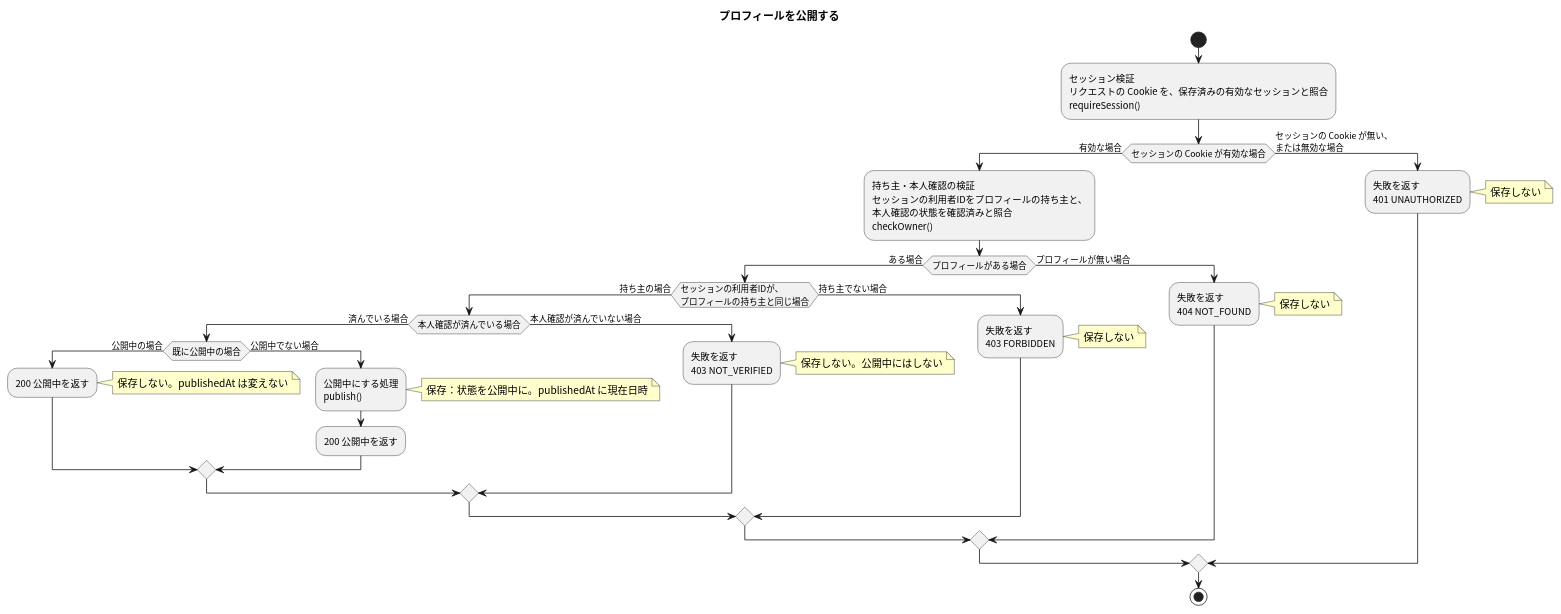
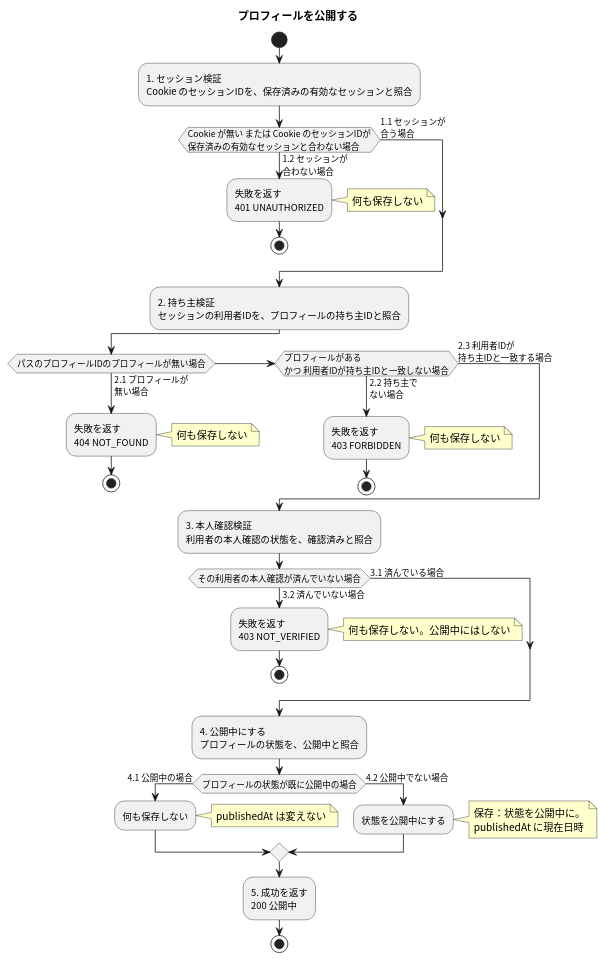
One commit to masamasamasato/design-doc-template changed the diagram in apis/publish-profile/flow.puml. Above: the diagram before and after it, drawn with PlantUML. The commit also changed other lines of this file and 40 other files, not shown here.

```diff
--- a/apis/publish-profile/flow.puml
+++ b/apis/publish-profile/flow.puml
@@ -3,41 +3,45 @@
 @startuml
 skinparam shadowing false
 skinparam defaultFontName "Noto Sans CJK JP"
 skinparam ActivityFontName "Noto Sans CJK JP"
 skinparam NoteBackgroundColor #FFFFCC
 
 title プロフィールを公開する
 
 start
-:セッション検証\nリクエストの Cookie を、保存済みの有効なセッションと照合\nrequireSession();
-if (セッションの Cookie が有効な場合) then (有効な場合)
-  :持ち主・本人確認の検証\nセッションの利用者IDをプロフィールの持ち主と、\n本人確認の状態を確認済みと照合\ncheckOwner();
-  if (プロフィールがある場合) then (ある場合)
-    if (セッションの利用者IDが、\nプロフィールの持ち主と同じ場合) then (持ち主の場合)
-      if (本人確認が済んでいる場合) then (済んでいる場合)
-        if (既に公開中の場合) then (公開中の場合)
-          :200 公開中を返す;
-          note right: 保存しない。publishedAt は変えない
-        else (公開中でない場合)
-          :公開中にする処理\npublish();
-          note right: 保存：状態を公開中に。publishedAt に現在日時
-          :200 公開中を返す;
-        endif
-      else (本人確認が済んでいない場合)
-        :失敗を返す\n403 NOT_VERIFIED;
-        note right: 保存しない。公開中にはしない
-      endif
-    else (持ち主でない場合)
-      :失敗を返す\n403 FORBIDDEN;
-      note right: 保存しない
-    endif
-  else (プロフィールが無い場合)
-    :失敗を返す\n404 NOT_FOUND;
-    note right: 保存しない
-  endif
-else (セッションの Cookie が無い、\nまたは無効な場合)
+:1. セッション検証\nCookie のセッションIDを、保存済みの有効なセッションと照合;
+if (Cookie が無い または Cookie のセッションIDが\n保存済みの有効なセッションと合わない場合) then (1.2 セッションが\n合わない場合)
   :失敗を返す\n401 UNAUTHORIZED;
-  note right: 保存しない
+  note right: 何も保存しない
+  stop
+else (1.1 セッションが\n合う場合)
 endif
+:2. 持ち主検証\nセッションの利用者IDを、プロフィールの持ち主IDと照合;
+if (パスのプロフィールIDのプロフィールが無い場合) then (2.1 プロフィールが\n無い場合)
+  :失敗を返す\n404 NOT_FOUND;
+  note right: 何も保存しない
+  stop
+elseif (プロフィールがある\nかつ 利用者IDが持ち主IDと一致しない場合) then (2.2 持ち主で\nない場合)
+  :失敗を返す\n403 FORBIDDEN;
+  note right: 何も保存しない
+  stop
+else (2.3 利用者IDが\n持ち主IDと一致する場合)
+endif
+:3. 本人確認検証\n利用者の本人確認の状態を、確認済みと照合;
+if (その利用者の本人確認が済んでいない場合) then (3.2 済んでいない場合)
+  :失敗を返す\n403 NOT_VERIFIED;
+  note right: 何も保存しない。公開中にはしない
+  stop
+else (3.1 済んでいる場合)
+endif
+:4. 公開中にする\nプロフィールの状態を、公開中と照合;
+if (プロフィールの状態が既に公開中の場合) then (4.1 公開中の場合)
+  :何も保存しない;
+  note right: publishedAt は変えない
+else (4.2 公開中でない場合)
+  :状態を公開中にする;
+  note right: 保存：状態を公開中に。\npublishedAt に現在日時
+endif
+:5. 成功を返す\n200 公開中;
 stop
 @enduml
```
